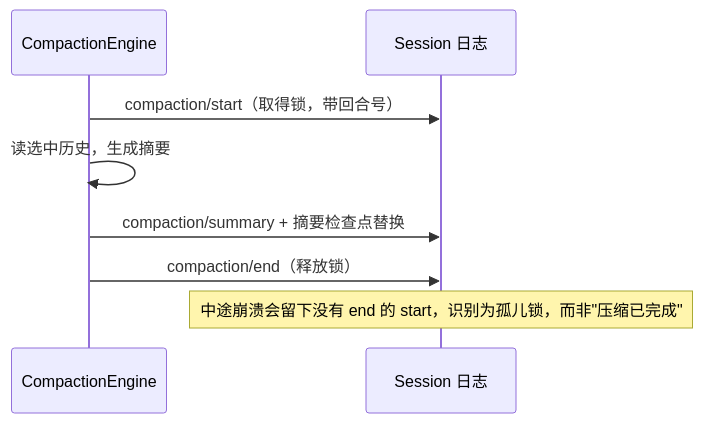
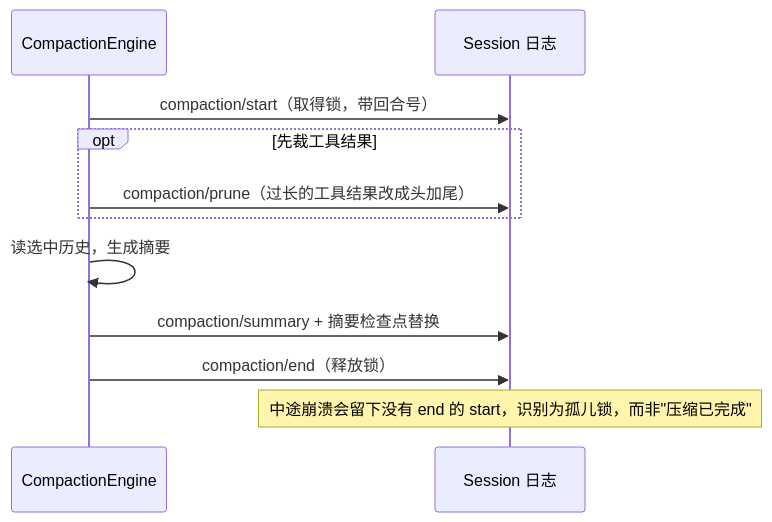
One commit to Chieko3020/Chieko3020.github.io changed the eighth of 16 diagrams in source/_posts/DeepSeek Harness 简析.md. Above: the diagram before and after it, drawn with Mermaid. The commit also changed other lines of this file and 4 other files, not shown here.

Commit message:
更新：DeepSeek Harness 简析 升级到 0.2.2-rc.1（事件表、会话格式、preset、subagent 换轴），新增产品形态一节与四张配图

````diff
--- a/source/_posts/DeepSeek Harness 简析.md
+++ b/source/_posts/DeepSeek Harness 简析.md
@@ -599,10 +640,13 @@
 ```mermaid
 sequenceDiagram
     participant E as CompactionEngine
     participant L as Session 日志
     E->>L: compaction/start（取得锁，带回合号）
+    opt 先裁工具结果
+        E->>L: compaction/prune（过长的工具结果改成头加尾）
+    end
     E->>E: 读选中历史，生成摘要
     E->>L: compaction/summary + 摘要检查点替换
     E->>L: compaction/end（释放锁）
     Note over L: 中途崩溃会留下没有 end 的 start，识别为孤儿锁，而非"压缩已完成"
 ```
````
